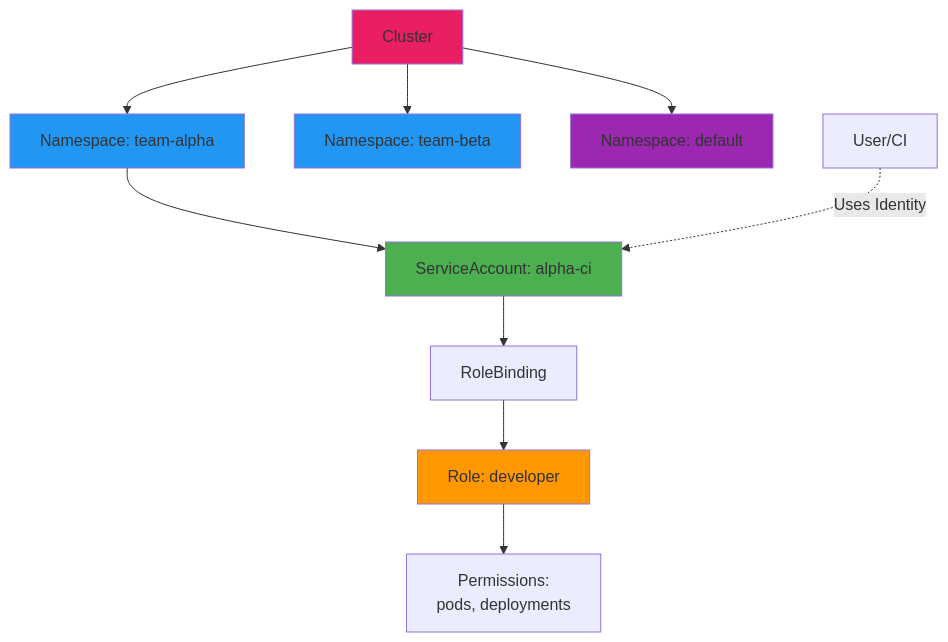
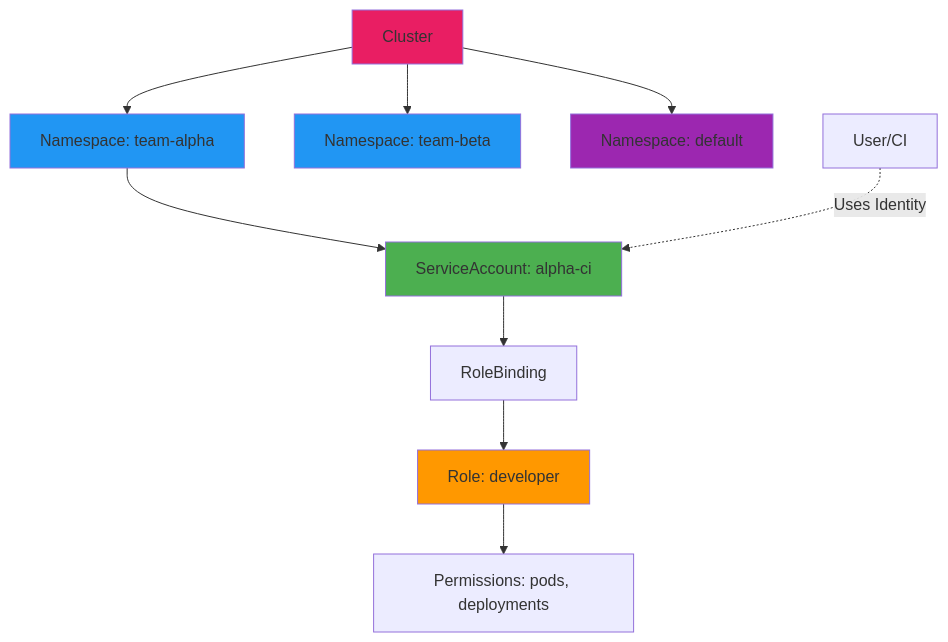
The diagram in Day-06/README.md (TechITFactory/Platform-Engineering-StudentGuide), drawn with Mermaid before and after one commit.

````diff
--- a/Day-06/README.md
+++ b/Day-06/README.md
@@ -38,20 +38,20 @@
 ```mermaid
 graph TB
     A[Cluster] --> B[Namespace: team-alpha]
     A --> C[Namespace: team-beta]
     A --> D[Namespace: default]
     
     B --> E[ServiceAccount: alpha-ci]
     E --> F[RoleBinding]
     F --> G[Role: developer]
-    G --> H[Permissions:<br/>pods, deployments]
+    G --> H[Permissions: pods, deployments]
     
-    I[User/CI] -.Uses Identity.-> E
+    I[User/CI] -. Uses Identity .-> E
     
     style A fill:#E91E63
     style B fill:#2196F3
     style C fill:#2196F3
     style D fill:#9C27B0
     style E fill:#4CAF50
     style G fill:#FF9800
 ```
````
